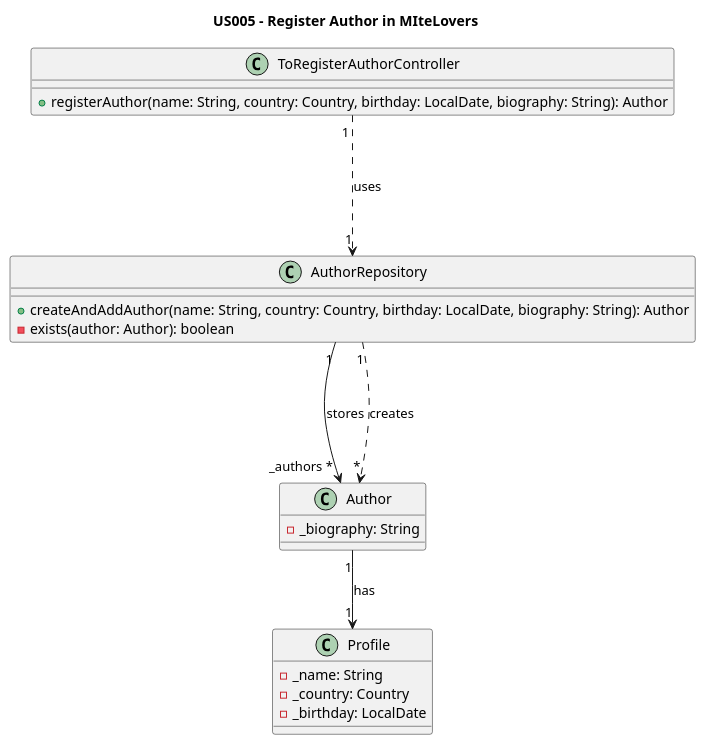
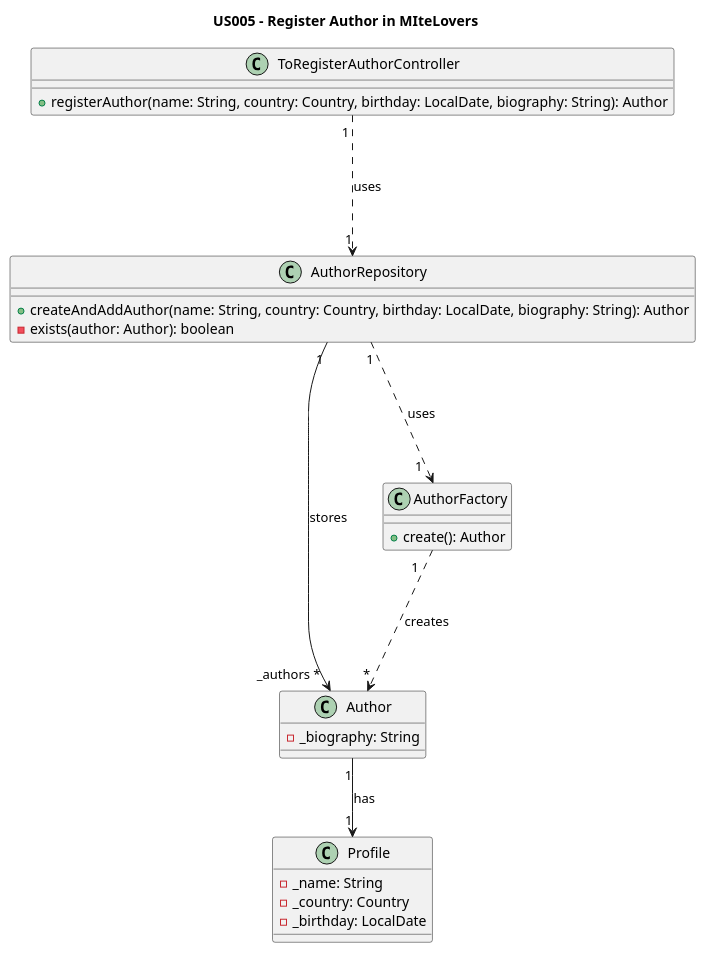
One commit to AndrePereiraGitH/SWitCH-Project-Team_A changed the diagram in Diagrams/ClassDiagrams/US005-to-register-an-author-in-MiteLovers.puml. Above: the diagram before and after it, drawn with PlantUML. The commit also changed 1 other file, not shown here.

Commit message:
Working on #227, refactor(diagrams): integrate AuthorFactory into SD and CD

```diff
--- a/Diagrams/ClassDiagrams/US005-to-register-an-author-in-MiteLovers.puml
+++ b/Diagrams/ClassDiagrams/US005-to-register-an-author-in-MiteLovers.puml
@@ -1,30 +1,35 @@
 @startuml
 title US005 - Register Author in MIteLovers
 
 class ToRegisterAuthorController {
   +registerAuthor(name: String, country: Country, birthday: LocalDate, biography: String): Author
 }
 
 class AuthorRepository {
   +createAndAddAuthor(name: String, country: Country, birthday: LocalDate, biography: String): Author
   /'NO NEED FOR THIS US +getAllAuthors()'/
   -exists(author: Author): boolean
 }
 
 class Author {
   -_biography: String
 }
 
 class Profile {
   -_name: String
   -_country: Country
   -_birthday: LocalDate
 
 }
+class AuthorFactory {
++ create(): Author
+}
+
 
 ToRegisterAuthorController "1 " -.-> "1" AuthorRepository : uses
 AuthorRepository "1" --> "_authors *" Author : stores
-AuthorRepository "1" -.-> "*" Author : creates
+AuthorRepository "1" -.-> "                     1" AuthorFactory : uses
+AuthorFactory "1   " -.-> "*" Author : creates
 Author "1" --> "1" Profile : has
 
 @enduml
```
